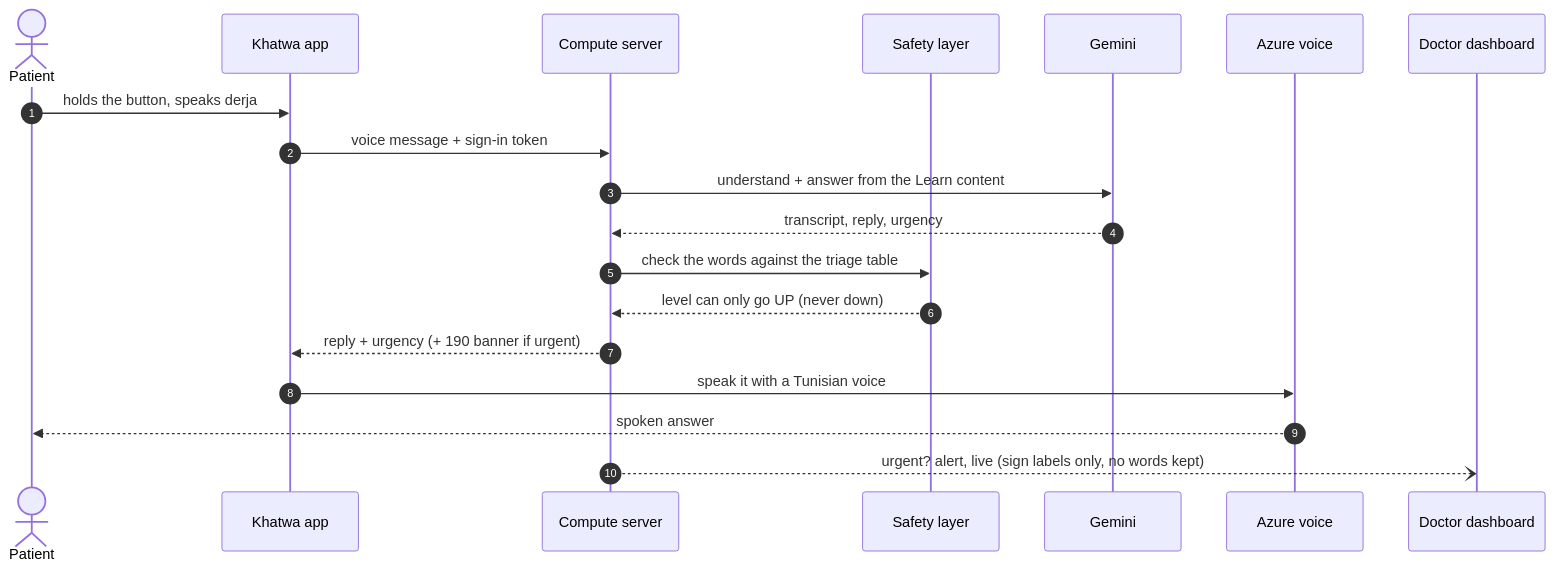
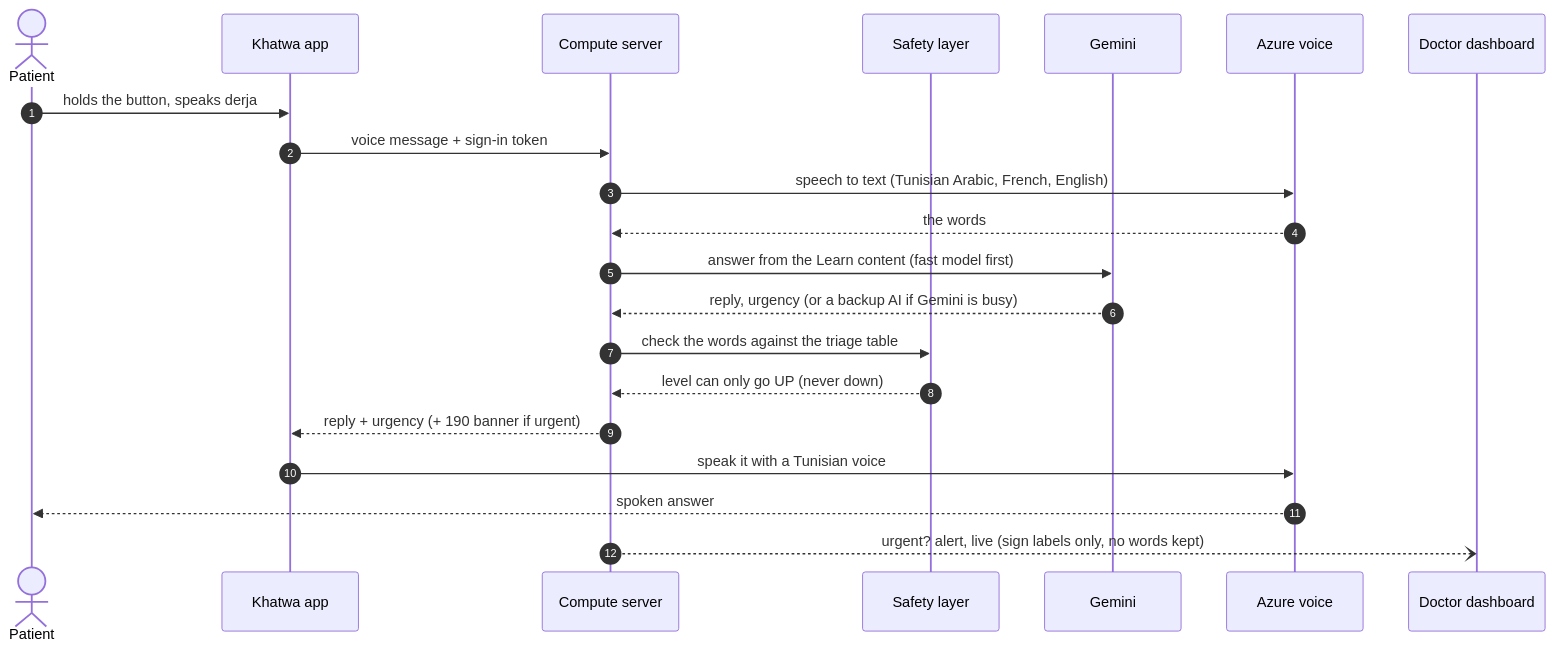
The fourth of 5 diagrams in README.md (cybermo-bot/Khatwa), drawn with Mermaid before and after one commit. The commit also changed other lines of this file, not shown here.

Commit message:
README: education centre, food by hand portions, reminders, one account on any phone, the 3D twin in the daily check, Gemini then a backup AI then the rules, measured answer times

````diff
--- a/README.md
+++ b/README.md
@@ -153,21 +163,23 @@
 ```mermaid
 sequenceDiagram
     autonumber
     actor P as Patient
     participant App as Khatwa app
     participant S as Compute server
     participant L as Safety layer
     participant G as Gemini
     participant V as Azure voice
     participant Dr as Doctor dashboard
     P->>App: holds the button, speaks derja
     App->>S: voice message + sign-in token
-    S->>G: understand + answer from the Learn content
-    G-->>S: transcript, reply, urgency
+    S->>V: speech to text (Tunisian Arabic, French, English)
+    V-->>S: the words
+    S->>G: answer from the Learn content (fast model first)
+    G-->>S: reply, urgency (or a backup AI if Gemini is busy)
     S->>L: check the words against the triage table
     L-->>S: level can only go UP (never down)
     S-->>App: reply + urgency (+ 190 banner if urgent)
     App->>V: speak it with a Tunisian voice
     V-->>P: spoken answer
     S--)Dr: urgent? alert, live (sign labels only, no words kept)
 ```
````
